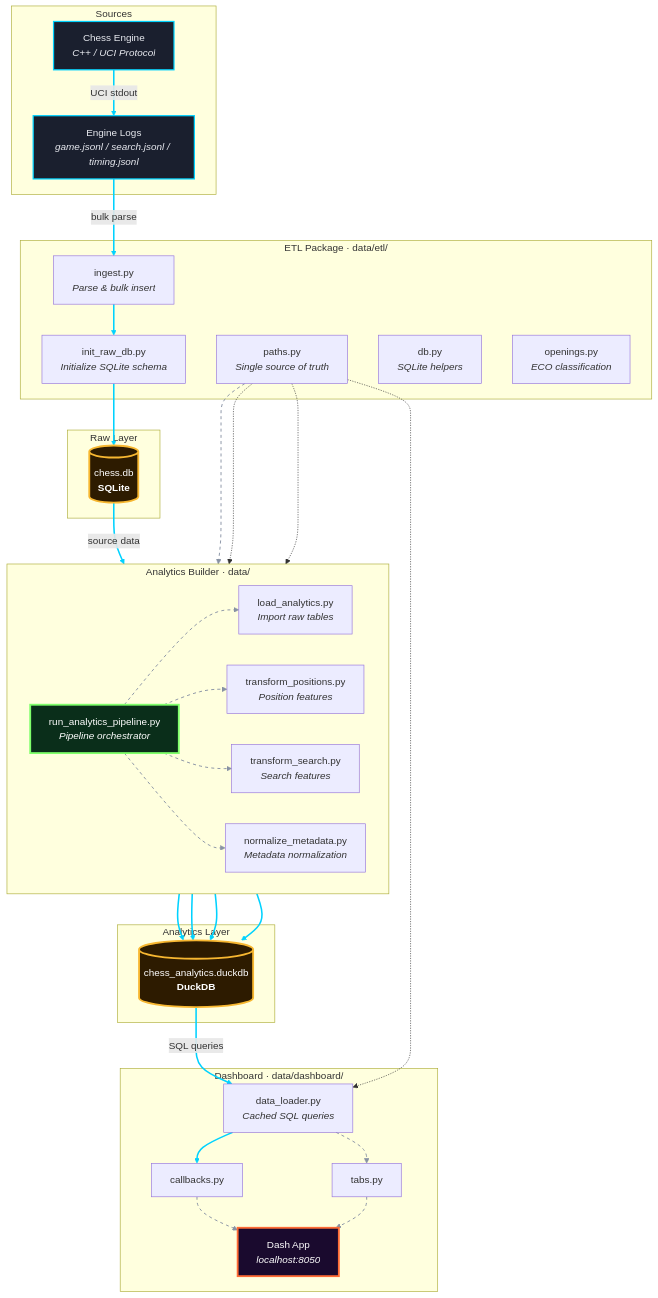
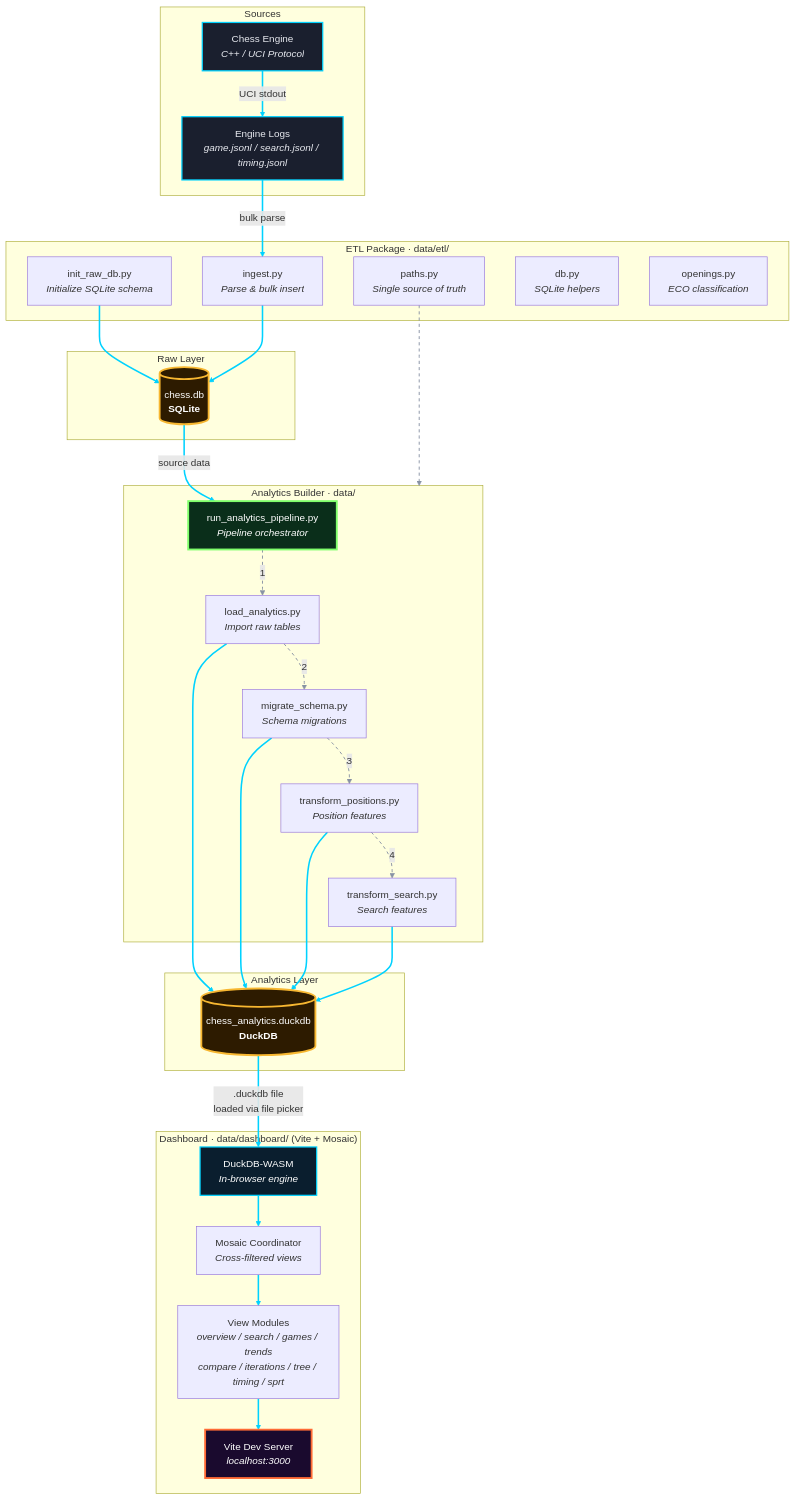
Before and after one commit to maxolek/chess: the diagram in docs/data_architecture.md, drawn with Mermaid. The commit also changed 1 other file, not shown here.

Commit message:
wire diagrams

````diff
--- a/docs/data_architecture.md
+++ b/docs/data_architecture.md
@@ -6,8 +6,8 @@
     end
 
     subgraph ETL["ETL Package · data/etl/"]
+        RAW["init_raw_db.py<br/><i>Initialize SQLite schema</i>"]
         ING["ingest.py<br/><i>Parse & bulk insert</i>"]
-        RAW["init_raw_db.py<br/><i>Initialize SQLite schema</i>"]
         PATHS["paths.py<br/><i>Single source of truth</i>"]
         DB["db.py<br/><i>SQLite helpers</i>"]
         OPEN["openings.py<br/><i>ECO classification</i>"]
@@ -21,64 +21,54 @@
         RUN["run_analytics_pipeline.py<br/><i>Pipeline orchestrator</i>"]
 
         LOAD["load_analytics.py<br/><i>Import raw tables</i>"]
+        MIG["migrate_schema.py<br/><i>Schema migrations</i>"]
         TP["transform_positions.py<br/><i>Position features</i>"]
         TS["transform_search.py<br/><i>Search features</i>"]
-        NM["normalize_metadata.py<br/><i>Metadata normalization</i>"]
 
-        direction LR
-        LOAD
-        TP
-        TS
-        NM
-        
+        RUN -.->|"1"| LOAD
+        LOAD -.->|"2"| MIG
+        MIG -.->|"3"| TP
+        TP -.->|"4"| TS
     end
 
     subgraph Analytics["Analytics Layer"]
         DUCK[("chess_analytics.duckdb<br/><b>DuckDB</b>")]
     end
 
-    subgraph Dashboard["Dashboard · data/dashboard/"]
-        DL["data_loader.py<br/><i>Cached SQL queries</i>"]
-        CB["callbacks.py"]
-        TABS["tabs.py"]
-        APP["Dash App<br/><i>localhost:8050</i>"]
+    subgraph Dashboard["Dashboard · data/dashboard/ (Vite + Mosaic)"]
+        DKWASM["DuckDB-WASM<br/><i>In-browser engine</i>"]
+        MOSAIC["Mosaic Coordinator<br/><i>Cross-filtered views</i>"]
+        VIEWS["View Modules<br/><i>overview / search / games / trends<br/>compare / iterations / tree / timing / sprt</i>"]
+        APP["Vite Dev Server<br/><i>localhost:3000</i>"]
     end
 
     ENG -->|"UCI stdout"| LOGS
     LOGS -->|"bulk parse"| ING
-    ING --> RAW
     RAW --> SQLITE
+    ING --> SQLITE
 
     SQLITE -->|"source data"| RUN
 
-    RUN -.-> LOAD
-    RUN -.-> TP
-    RUN -.-> TS
-    RUN -.-> NM
-
     LOAD --> DUCK
+    MIG --> DUCK
     TP --> DUCK
     TS --> DUCK
-    NM --> DUCK
 
-    DUCK -->|"SQL queries"| DL
-    DL --> CB
-    DL --> TABS
-    CB --> APP
-    TABS --> APP
+    DUCK -->|".duckdb file<br/>loaded via file picker"| DKWASM
+    DKWASM --> MOSAIC
+    MOSAIC --> VIEWS
+    VIEWS --> APP
 
-    PATHS -.-> LOAD
-    PATHS -.-> TP
-    PATHS -.-> TS
-    PATHS -.-> DL
+    PATHS -.-> Builder
 
     style ENG fill:#1a1f2e,stroke:#00d2ff,stroke-width:2px,color:#e8eaf0
     style LOGS fill:#1a1f2e,stroke:#00d2ff,stroke-width:2px,color:#e8eaf0
     style SQLITE fill:#2d1b00,stroke:#f7b731,stroke-width:3px,color:#fff
     style DUCK fill:#2d1b00,stroke:#f7b731,stroke-width:3px,color:#fff
+    style DKWASM fill:#0a1e2e,stroke:#00d2ff,stroke-width:2px,color:#fff
     style APP fill:#1a0a2e,stroke:#ff6b35,stroke-width:3px,color:#fff
     style RUN fill:#0a2e1a,stroke:#7fff6b,stroke-width:3px,color:#fff
 
-    linkStyle 0,1,2,3,4,9,10,11,12,13,14 stroke:#00d2ff,stroke-width:2.5px
-    linkStyle 5,6,7,8,15,16,17,18 stroke:#8892a4,stroke-width:1.5px,stroke-dasharray:5
+    linkStyle 4,5,6,7,8,9,10,11,12,13,14,15,16 stroke:#00d2ff,stroke-width:2.5px
+    linkStyle 0,1,2,3,17 stroke:#8892a4,stroke-width:1.5px,stroke-dasharray:5
 ```
````
